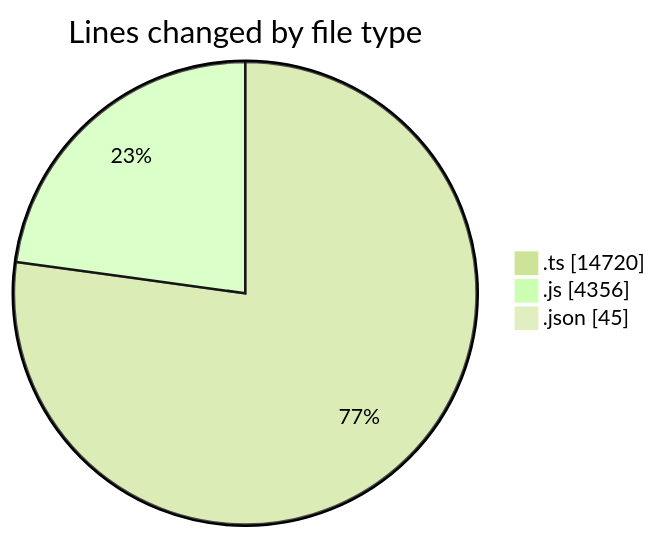
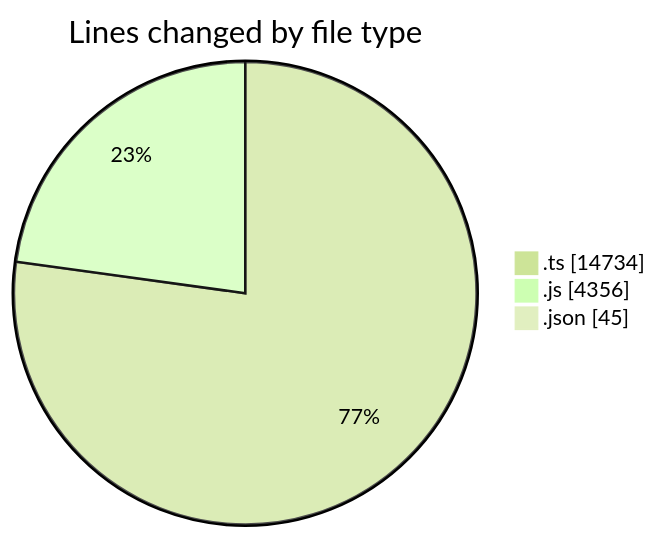
One commit to momahboobian/code-tracking changed the first of 2 diagrams in 2025-07-29/cda/README.md. Above: the diagram before and after it, drawn with Mermaid (forest theme). The commit also changed other lines of this file and 1 other file, not shown here.

````diff
--- a/2025-07-29/cda/README.md
+++ b/2025-07-29/cda/README.md
@@ -28,7 +28,7 @@
 ```mermaid
 pie showData
 title Lines changed by file type
-".ts" : 14720
+".ts" : 14734
 ".js" : 4356
 ".json" : 45
 ```
````
